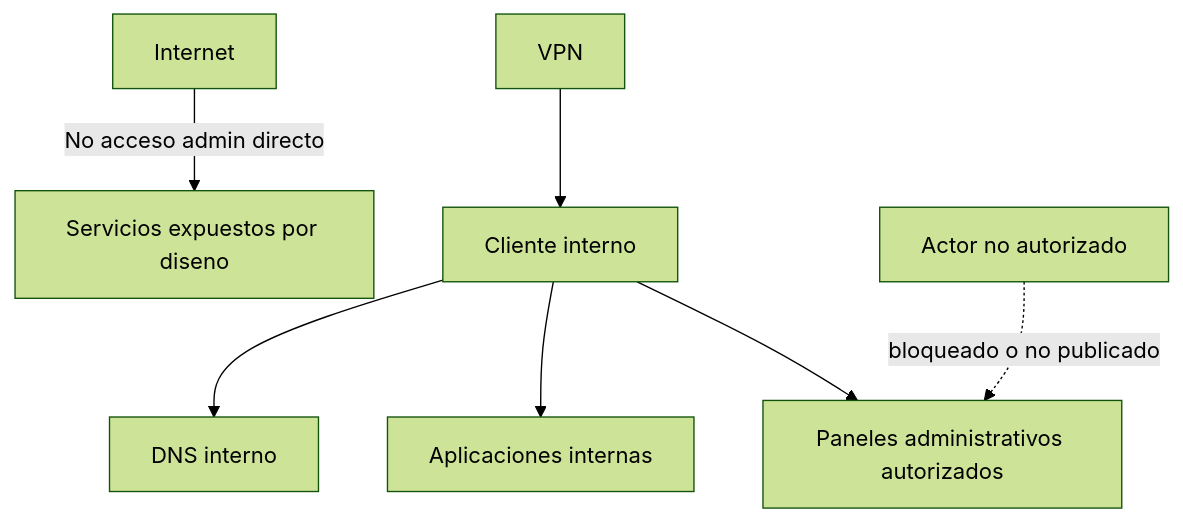
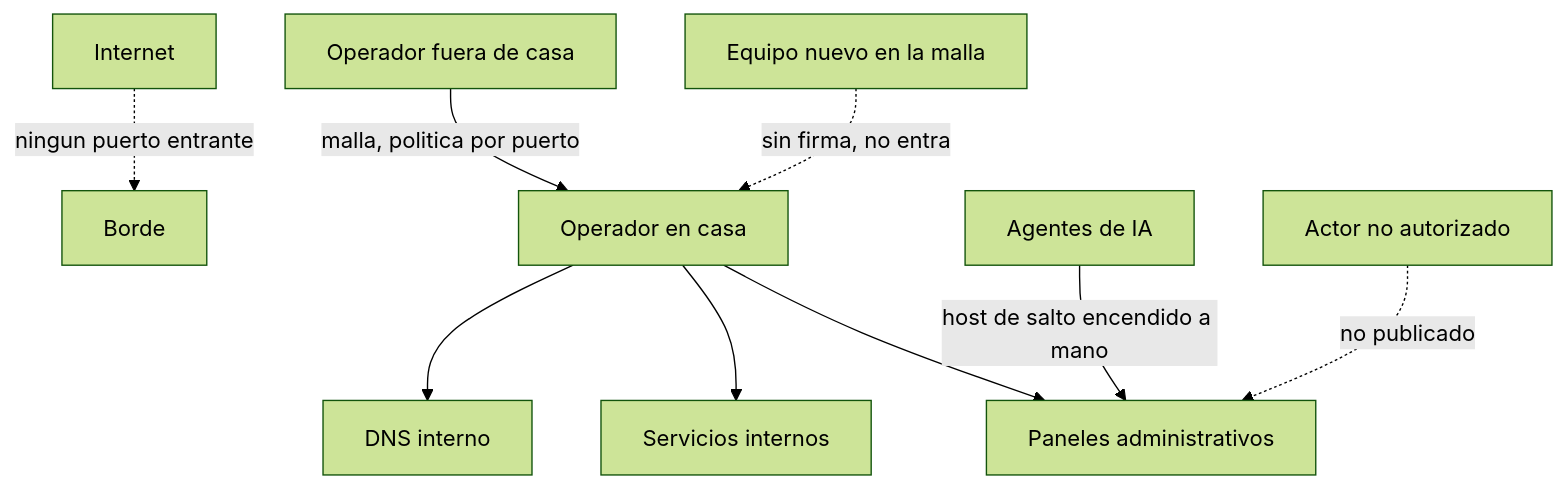
The diagram in docs/es/03-seguridad-y-accesos.md (Nicolasperaltait/homelab), drawn with Mermaid (forest theme) before and after one commit. The commit also changed other lines of this file and 16 other files, not shown here.

````diff
--- a/docs/es/03-seguridad-y-accesos.md
+++ b/docs/es/03-seguridad-y-accesos.md
@@ -135,9 +169,11 @@
 ```mermaid
 flowchart TD
-    A[Internet] -->|No acceso admin directo| B[Servicios expuestos por diseno]
-    C[Cliente interno] --> D[DNS interno]
-    C --> E[Aplicaciones internas]
-    C --> F[Paneles administrativos autorizados]
-    G[VPN] --> C
-    H[Actor no autorizado] -.->|bloqueado o no publicado| F
+    A[Internet] -.->|ningun puerto entrante| B[Borde]
+    C[Operador en casa] --> D[DNS interno]
+    C --> E[Servicios internos]
+    C --> F[Paneles administrativos]
+    M[Operador fuera de casa] -->|malla, politica por puerto| C
+    J[Agentes de IA] -->|host de salto encendido a mano| F
+    H[Actor no autorizado] -.->|no publicado| F
+    N[Equipo nuevo en la malla] -.->|sin firma, no entra| C
 ```
````
